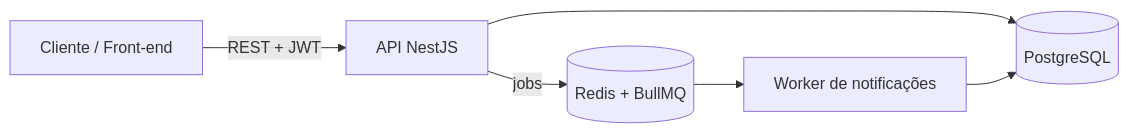
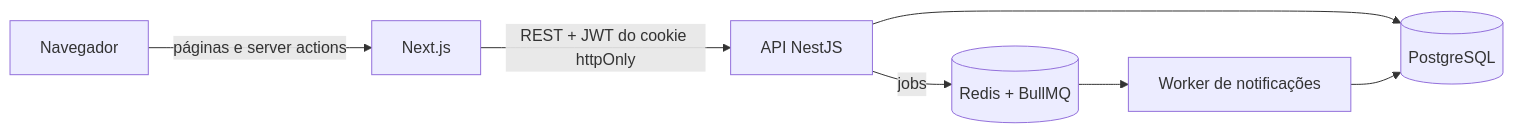
Before and after one commit to JoaoVitorXdz/barberflow: the first of 2 diagrams in README.md, drawn with Mermaid. The commit also changed other lines of this file and 5 other files, not shown here.

````diff
--- a/README.md
+++ b/README.md
@@ -68,8 +91,9 @@
 ```mermaid
 flowchart LR
-    Client[Cliente / Front-end] -->|REST + JWT| API[API NestJS]
+    Browser[Navegador] -->|páginas e server actions| Web[Next.js]
+    Web -->|REST + JWT do cookie httpOnly| API[API NestJS]
     API --> PG[(PostgreSQL)]
     API -->|jobs| Redis[(Redis + BullMQ)]
     Redis --> Worker[Worker de notificações]
     Worker --> PG
 ```
````
